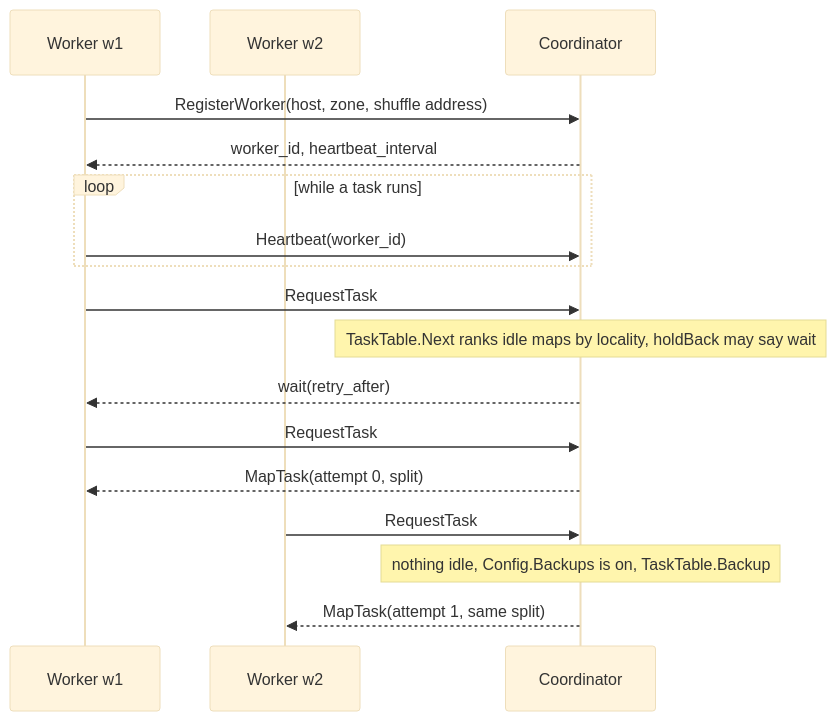
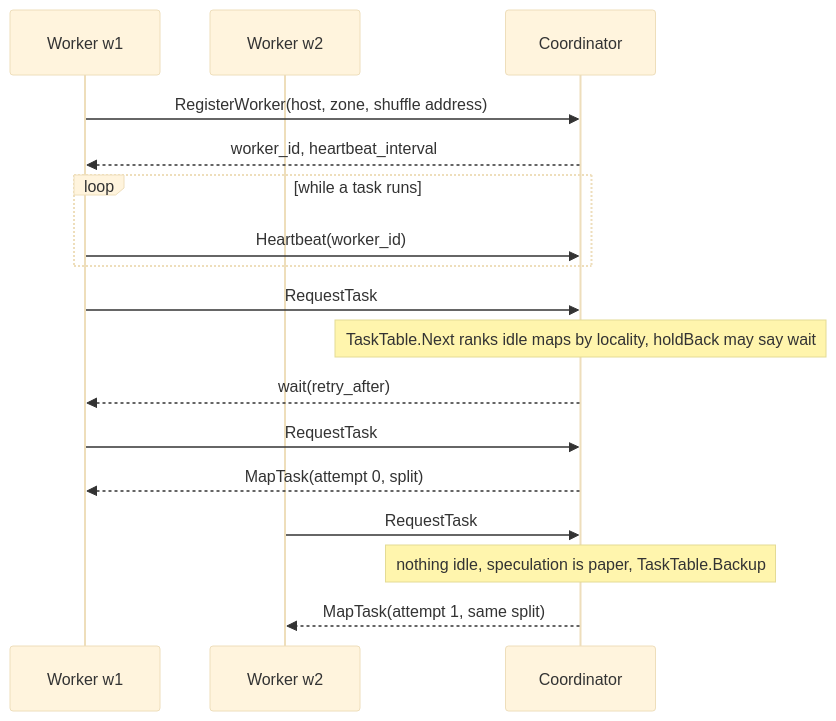
Before and after one commit to Exios66/MapReduce-Reloaded: the first of 4 diagrams in design.md, drawn with Mermaid (base theme). The commit also changed other lines of this file and 17 other files, not shown here.

````diff
--- a/design.md
+++ b/design.md
@@ -428,19 +436,19 @@
 ```mermaid
 sequenceDiagram
     participant W1 as Worker w1
     participant W2 as Worker w2
     participant C as Coordinator
     W1->>C: RegisterWorker(host, zone, shuffle address)
     C-->>W1: worker_id, heartbeat_interval
     loop while a task runs
         W1->>C: Heartbeat(worker_id)
     end
     W1->>C: RequestTask
     Note over C: TaskTable.Next ranks idle maps by locality, holdBack may say wait
     C-->>W1: wait(retry_after)
     W1->>C: RequestTask
     C-->>W1: MapTask(attempt 0, split)
     W2->>C: RequestTask
-    Note over C: nothing idle, Config.Backups is on, TaskTable.Backup
+    Note over C: nothing idle, speculation is paper, TaskTable.Backup
     C-->>W2: MapTask(attempt 1, same split)
 ```
````
